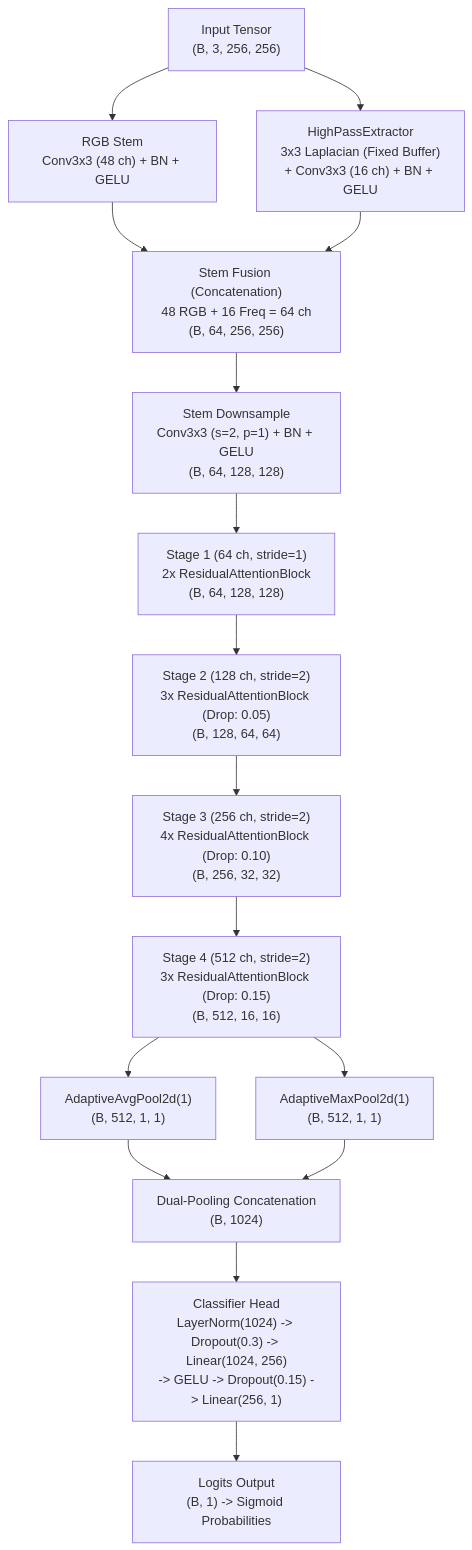
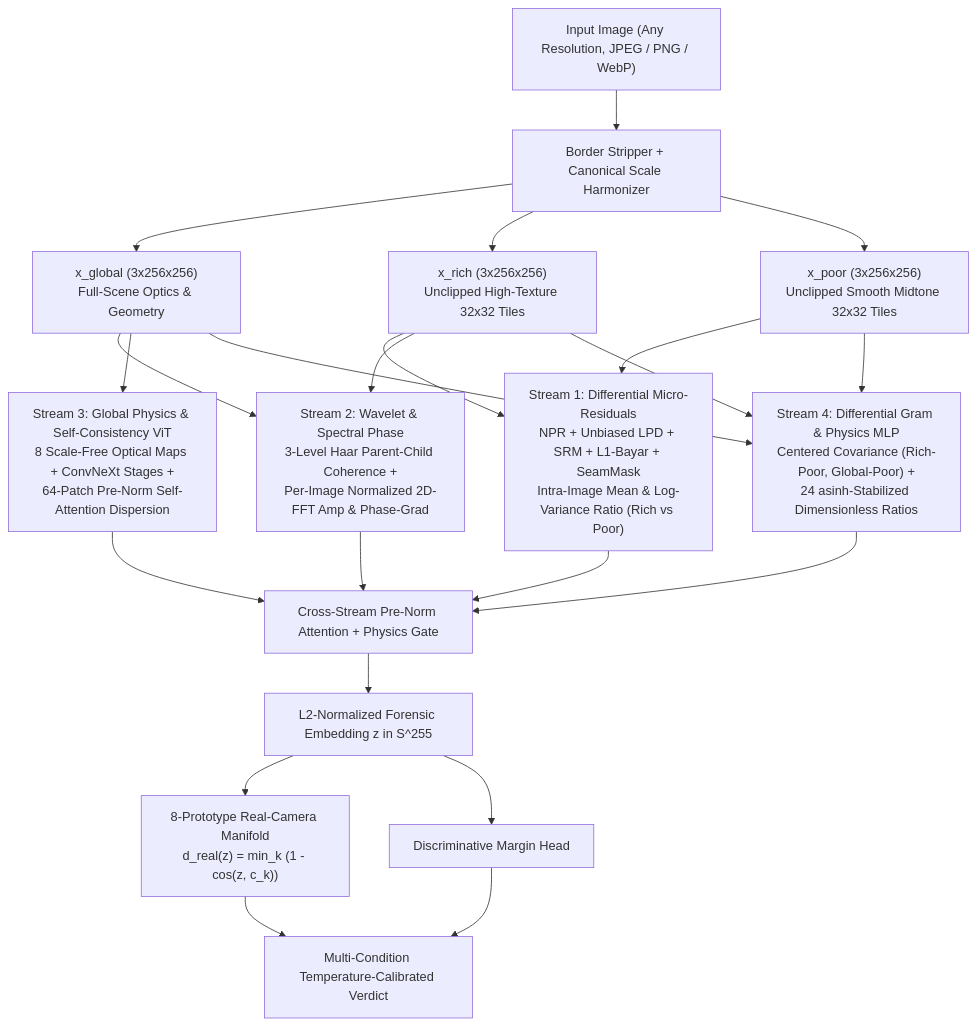
Before and after one commit to LukichaX/artifactnet-ai-image-detector: the diagram in README.md, drawn with Mermaid. The commit also changed other lines of this file and 10 other files, not shown here.

````diff
--- a/README.md
+++ b/README.md
@@ -43,24 +45,18 @@
 ```mermaid
 flowchart TD
-    In["Input Tensor<br/>(B, 3, 256, 256)"] --> RGBStem["RGB Stem<br/>Conv3x3 (48 ch) + BN + GELU"]
-    In --> HPStream["HighPassExtractor<br/>3x3 Laplacian (Fixed Buffer)<br/>+ Conv3x3 (16 ch) + BN + GELU"]
-    
-    RGBStem --> CatStem["Stem Fusion (Concatenation)<br/>48 RGB + 16 Freq = 64 ch<br/>(B, 64, 256, 256)"]
-    HPStream --> CatStem
-    
-    CatStem --> StemDown["Stem Downsample<br/>Conv3x3 (s=2, p=1) + BN + GELU<br/>(B, 64, 128, 128)"]
-    
-    StemDown --> S1["Stage 1 (64 ch, stride=1)<br/>2x ResidualAttentionBlock<br/>(B, 64, 128, 128)"]
-    S1 --> S2["Stage 2 (128 ch, stride=2)<br/>3x ResidualAttentionBlock (Drop: 0.05)<br/>(B, 128, 64, 64)"]
-    S2 --> S3["Stage 3 (256 ch, stride=2)<br/>4x ResidualAttentionBlock (Drop: 0.10)<br/>(B, 256, 32, 32)"]
-    S3 --> S4["Stage 4 (512 ch, stride=2)<br/>3x ResidualAttentionBlock (Drop: 0.15)<br/>(B, 512, 16, 16)"]
-    
-    S4 --> AvgP["AdaptiveAvgPool2d(1)<br/>(B, 512, 1, 1)"]
-    S4 --> MaxP["AdaptiveMaxPool2d(1)<br/>(B, 512, 1, 1)"]
-    
-    AvgP --> PoolCat["Dual-Pooling Concatenation<br/>(B, 1024)"]
-    MaxP --> PoolCat
-    
-    PoolCat --> Head["Classifier Head<br/>LayerNorm(1024) -> Dropout(0.3) -> Linear(1024, 256)<br/>-> GELU -> Dropout(0.15) -> Linear(256, 1)"]
-    Head --> Out["Logits Output<br/>(B, 1) -> Sigmoid Probabilities"]
+    In["Input Image (Any Resolution, JPEG / PNG / WebP)"] --> Prep["Border Stripper + Canonical Scale Harmonizer"]
+    Prep --> XG["x_global (3x256x256)<br/>Full-Scene Optics & Geometry"]
+    Prep --> XR["x_rich (3x256x256)<br/>Unclipped High-Texture 32x32 Tiles"]
+    Prep --> XP["x_poor (3x256x256)<br/>Unclipped Smooth Midtone 32x32 Tiles"]
+
+    XR & XP --> S1["Stream 1: Differential Micro-Residuals<br/>NPR + Unbiased LPD + SRM + L1-Bayar + SeamMask<br/>Intra-Image Mean & Log-Variance Ratio (Rich vs Poor)"]
+    XG & XR --> S2["Stream 2: Wavelet & Spectral Phase<br/>3-Level Haar Parent-Child Coherence +<br/>Per-Image Normalized 2D-FFT Amp & Phase-Grad"]
+    XG --> S3["Stream 3: Global Physics & Self-Consistency ViT<br/>8 Scale-Free Optical Maps + ConvNeXt Stages +<br/>64-Patch Pre-Norm Self-Attention Dispersion"]
+    XG & XR & XP --> S4["Stream 4: Differential Gram & Physics MLP<br/>Centered Covariance (Rich-Poor, Global-Poor) +<br/>24 asinh-Stabilized Dimensionless Ratios"]
+
+    S1 & S2 & S3 & S4 --> Attn["Cross-Stream Pre-Norm Attention + Physics Gate"]
+    Attn --> Z["L2-Normalized Forensic Embedding z in S^255"]
+    Z --> Proto["8-Prototype Real-Camera Manifold<br/>d_real(z) = min_k (1 - cos(z, c_k))"]
+    Z --> Disc["Discriminative Margin Head"]
+    Proto & Disc --> Out["Multi-Condition Temperature-Calibrated Verdict"]
 ```
````
